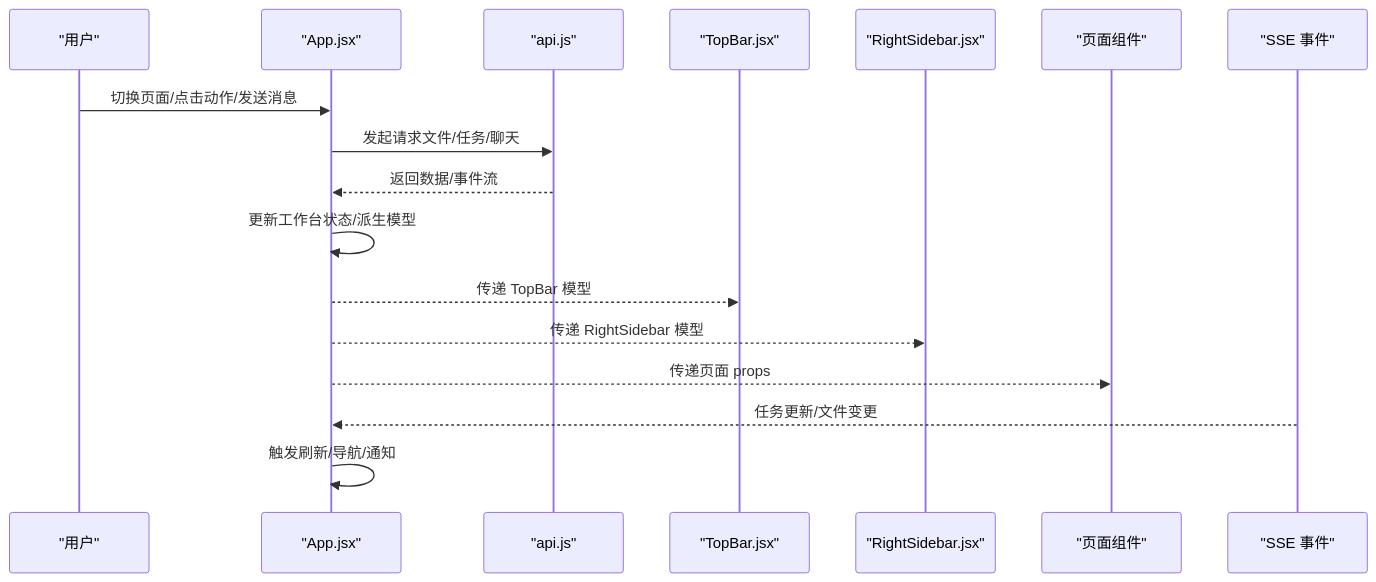
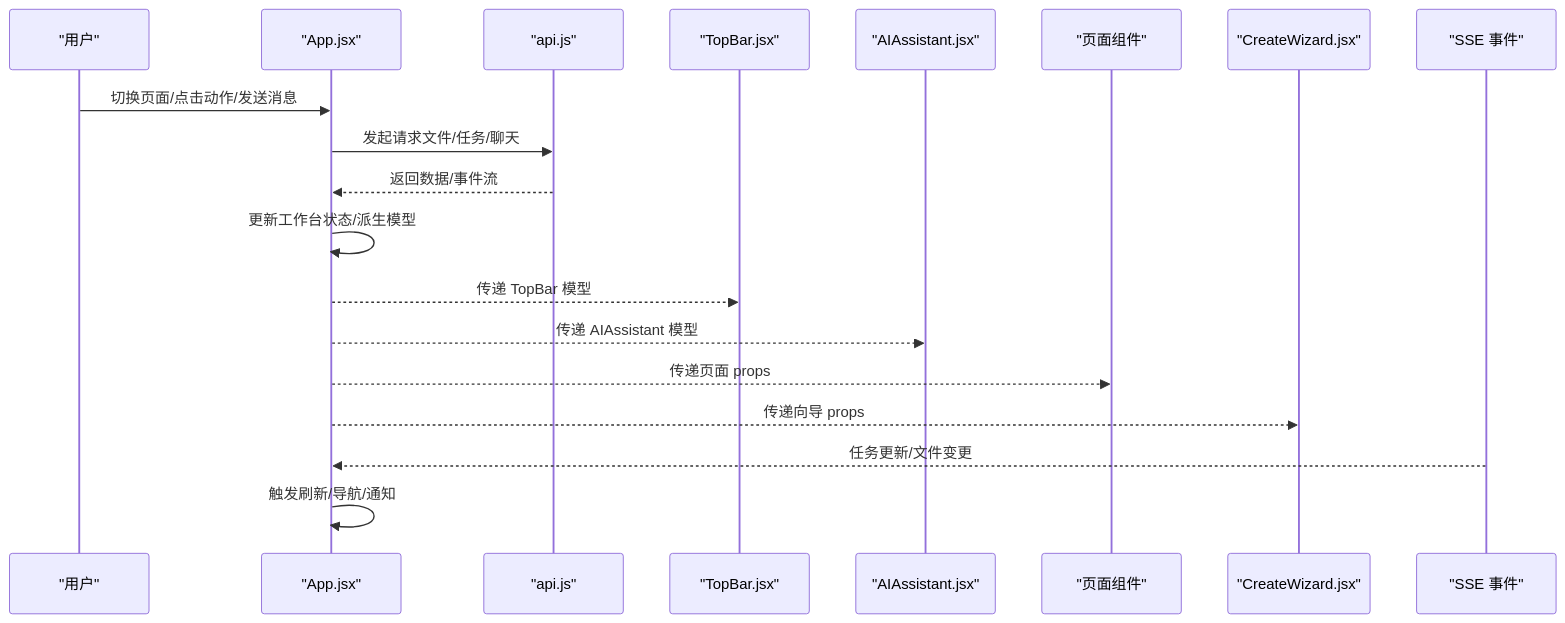
One commit to ssffpt/webnovel-writer changed the second of 3 diagrams in .qoder/repowiki/zh/content/写作工作台/前端界面设计.md. Above: the diagram before and after it, drawn with Mermaid. The commit also changed other lines of this file and 13 other files, not shown here.

````diff
--- a/.qoder/repowiki/zh/content/写作工作台/前端界面设计.md
+++ b/.qoder/repowiki/zh/content/写作工作台/前端界面设计.md
@@ -106,19 +117,21 @@
 ```mermaid
 sequenceDiagram
 participant U as "用户"
 participant APP as "App.jsx"
 participant API as "api.js"
 participant TOP as "TopBar.jsx"
-participant SID as "RightSidebar.jsx"
+participant AI as "AIAssistant.jsx"
 participant PAGE as "页面组件"
+participant WIZ as "CreateWizard.jsx"
 participant SSE as "SSE 事件"
 U->>APP : 切换页面/点击动作/发送消息
 APP->>API : 发起请求文件/任务/聊天
 API-->>APP : 返回数据/事件流
 APP->>APP : 更新工作台状态/派生模型
 APP-->>TOP : 传递 TopBar 模型
-APP-->>SID : 传递 RightSidebar 模型
+APP-->>AI : 传递 AIAssistant 模型
 APP-->>PAGE : 传递页面 props
+APP-->>WIZ : 传递向导 props
 SSE-->>APP : 任务更新/文件变更
 APP->>APP : 触发刷新/导航/通知
 ```
````
